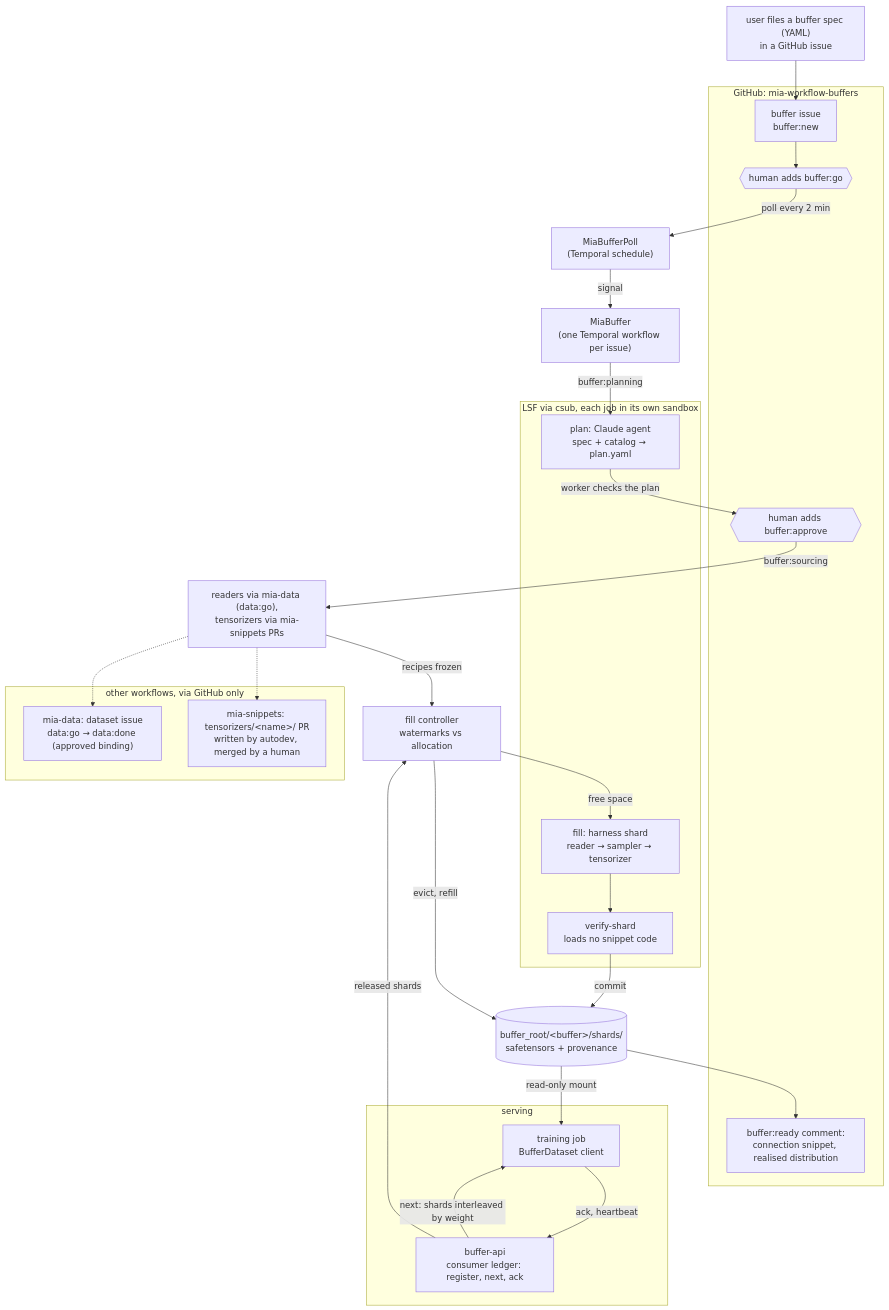
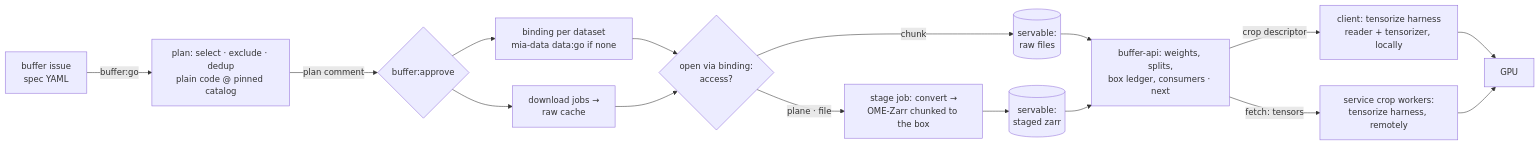
The diagram in notes/specs/2026-10-21-training-buffers.md (JaneliaSciComp/mia-workflow-prototype), drawn with Mermaid before and after one commit. The commit also changed other lines of this file, not shown here.

First line of the commit message:
Spec: training buffers v0.3 (raw cache, direct vs staged crops, one buffer service)

````diff
--- a/notes/specs/2026-10-21-training-buffers.md
+++ b/notes/specs/2026-10-21-training-buffers.md
@@ -54,44 +34,18 @@
 ```mermaid
-flowchart TD
-    user["user files a buffer spec (YAML)<br/>in a GitHub issue"] --> issue
-
-    subgraph gh["GitHub: mia-workflow-buffers"]
-        issue["buffer issue<br/>buffer:new"]
-        go{{"human adds buffer:go"}}
-        approve{{"human adds buffer:approve"}}
-        ready["buffer:ready comment:<br/>connection snippet, realised distribution"]
-    end
-
-    issue --> go -->|poll every 2 min| poll["MiaBufferPoll<br/>(Temporal schedule)"]
-    poll -->|signal| wf["MiaBuffer<br/>(one Temporal workflow per issue)"]
-
-    subgraph cluster["LSF via csub, each job in its own sandbox"]
-        plan["plan: Claude agent<br/>spec + catalog → plan.yaml"]
-        fill["fill: harness shard<br/>reader → sampler → tensorizer"]
-        verify["verify-shard<br/>loads no snippet code"]
-    end
-
-    wf -->|buffer:planning| plan -->|worker checks the plan| approve
-    approve -->|buffer:sourcing| source["readers via mia-data (data:go),<br/>tensorizers via mia-snippets PRs"]
-    source -->|recipes frozen| ctl["fill controller<br/>watermarks vs allocation"]
-    ctl -->|free space| fill --> verify -->|commit| shards[("buffer_root/&lt;buffer&gt;/shards/<br/>safetensors + provenance")]
-    shards --> ready
-
-    subgraph serve["serving"]
-        api["buffer-api<br/>consumer ledger: register, next, ack"]
-        trainer["training job<br/>BufferDataset client"]
-    end
-
-    shards -->|read-only mount| trainer
-    api -->|next: shards interleaved by weight| trainer
-    trainer -->|ack, heartbeat| api
-    api -->|released shards| ctl
-    ctl -->|evict, refill| shards
-
-    subgraph deps["other workflows, via GitHub only"]
-        md["mia-data: dataset issue<br/>data:go → data:done (approved binding)"]
-        sn["mia-snippets: tensorizers/&lt;name&gt;/ PR<br/>written by autodev, merged by a human"]
-    end
-    source -.-> md
-    source -.-> sn
+flowchart LR
+  I[buffer issue<br/>spec YAML] -->|buffer:go| P[plan: select · exclude · dedup<br/>plain code @ pinned catalog]
+  P -->|plan comment| H{buffer:approve}
+  H --> B[binding per dataset<br/>mia-data data:go if none]
+  H --> D[download jobs →<br/>raw cache]
+  B --> A{open via binding:<br/>access?}
+  D --> A
+  A -->|chunk| S[(servable:<br/>raw files)]
+  A -->|plane · file| C[stage job: convert →<br/>OME-Zarr chunked to the box]
+  C --> S2[(servable:<br/>staged zarr)]
+  S --> V[buffer-api: weights, splits,<br/>box ledger, consumers · next]
+  S2 --> V
+  V -->|crop descriptor| L[client: tensorize harness<br/>reader + tensorizer, locally]
+  V -->|fetch: tensors| R[service crop workers:<br/>tensorize harness, remotely]
+  L --> G[GPU]
+  R --> G
 ```
````
